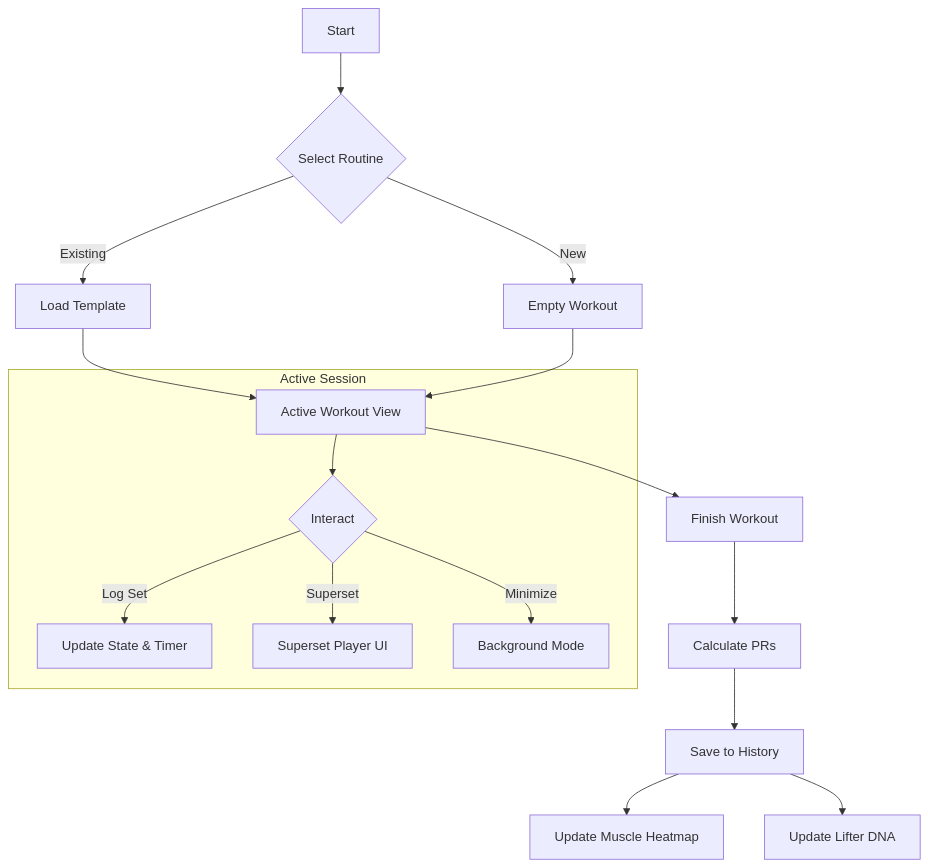
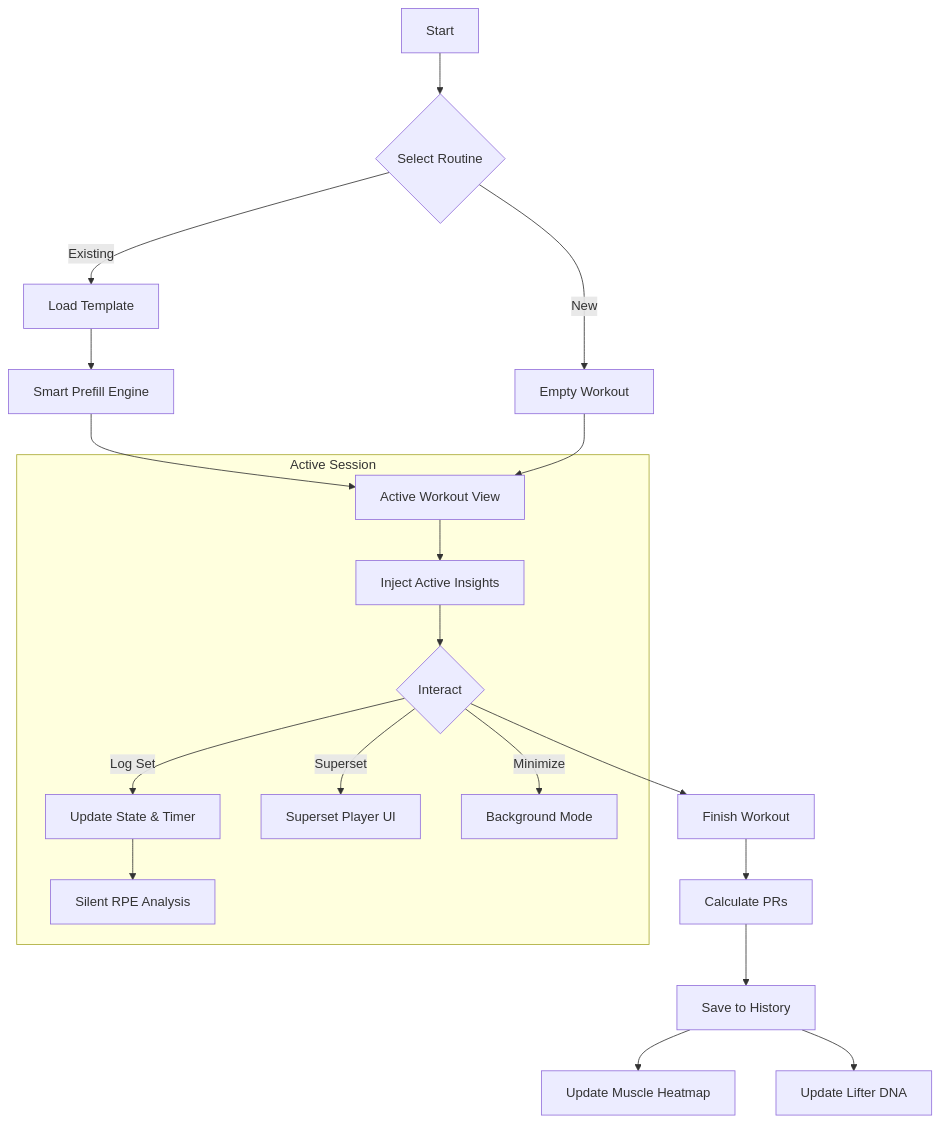
One commit to JuanchoGithub/gym-tracker changed the first of 3 diagrams in README.md. Above: the diagram before and after it, drawn with Mermaid. The commit also changed other lines of this file and 1 other file, not shown here.

First line of the commit message:
feat: Introduce Active Coaching & Auto-Regulation features

````diff
--- a/README.md
+++ b/README.md
@@ -149,21 +172,25 @@
 ```mermaid
 graph TD
     A[Start] --> B{Select Routine}
     B -->|Existing| C[Load Template]
     B -->|New| D[Empty Workout]
-    C --> E[Active Workout View]
+    
+    C --> P[Smart Prefill Engine]
+    P --> E[Active Workout View]
     D --> E
     
     subgraph Active Session
-    E --> F{Interact}
+    E --> I[Inject Active Insights]
+    I --> F{Interact}
     F -->|Log Set| G[Update State & Timer]
+    G --> R[Silent RPE Analysis]
     F -->|Superset| H[Superset Player UI]
-    F -->|Minimize| I[Background Mode]
+    F -->|Minimize| Bg[Background Mode]
     end
     
-    E --> J[Finish Workout]
+    F --> J[Finish Workout]
     J --> K[Calculate PRs]
     K --> L[Save to History]
     L --> M[Update Muscle Heatmap]
     L --> N[Update Lifter DNA]
 ```
````
